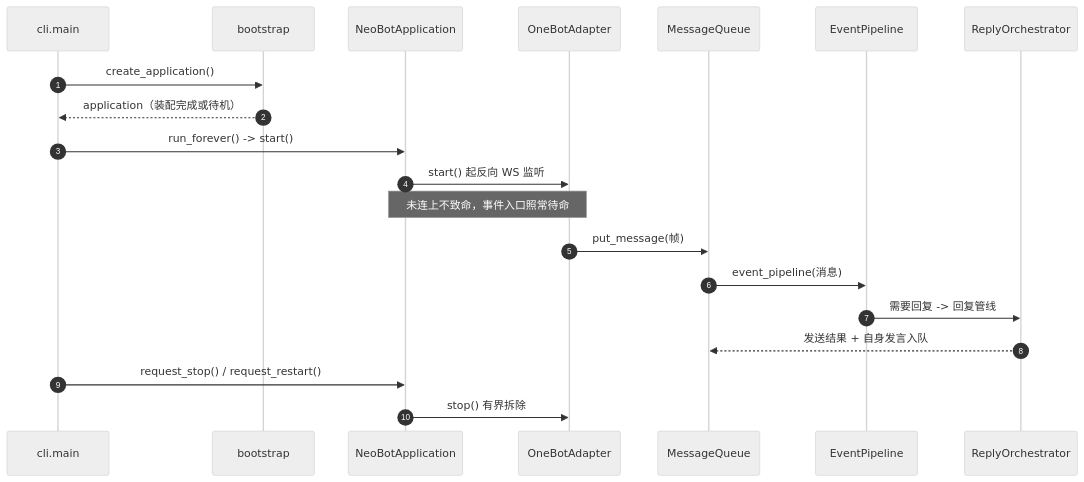
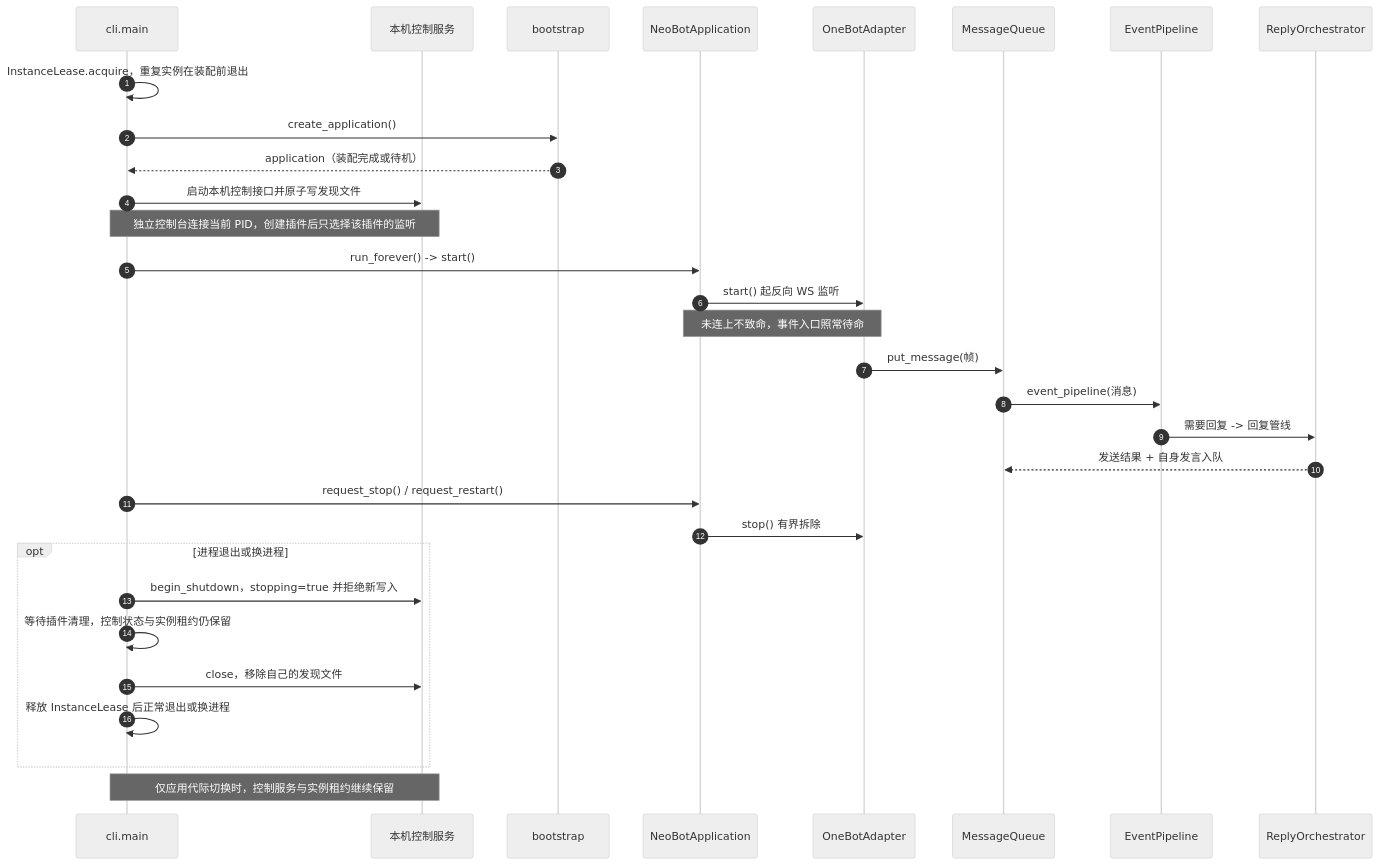
Before and after one commit to ABPolaris/NeoBot: the second of 2 diagrams in docs/flow/00-overview.md, drawn with Mermaid (neutral theme). The commit also changed other lines of this file and 381 other files, not shown here.

````diff
--- a/docs/flow/00-overview.md
+++ b/docs/flow/00-overview.md
@@ -67,23 +78,34 @@
 ```mermaid
 sequenceDiagram
     autonumber
     participant CLI as cli.main
+    participant LC as 本机控制服务
     participant BS as bootstrap
     participant APP as NeoBotApplication
     participant AD as OneBotAdapter
     participant Q as MessageQueue
     participant EP as EventPipeline
     participant OR as ReplyOrchestrator
 
+    CLI->>CLI: InstanceLease.acquire，重复实例在装配前退出
     CLI->>BS: create_application()
     BS-->>CLI: application（装配完成或待机）
+    CLI->>LC: 启动本机控制接口并原子写发现文件
+    Note over CLI,LC: 独立控制台连接当前 PID，创建插件后只选择该插件的监听
     CLI->>APP: run_forever() -> start()
     APP->>AD: start() 起反向 WS 监听
     Note over APP,AD: 未连上不致命，事件入口照常待命
     AD->>Q: put_message(帧)
     Q->>EP: event_pipeline(消息)
     EP->>OR: 需要回复 -> 回复管线
     OR-->>Q: 发送结果 + 自身发言入队
     CLI->>APP: request_stop() / request_restart()
     APP->>AD: stop() 有界拆除
+    opt 进程退出或换进程
+        CLI->>LC: begin_shutdown，stopping=true 并拒绝新写入
+        CLI->>CLI: 等待插件清理，控制状态与实例租约仍保留
+        CLI->>LC: close，移除自己的发现文件
+        CLI->>CLI: 释放 InstanceLease 后正常退出或换进程
+    end
+    Note over CLI,LC: 仅应用代际切换时，控制服务与实例租约继续保留
 ```
````
